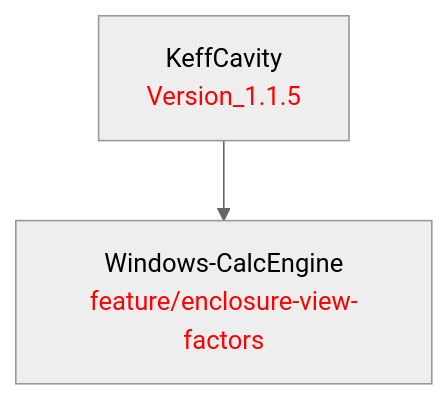
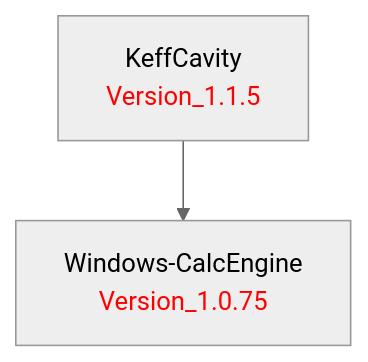
Before and after one commit to LBNL-ETA/KeffCavity: the diagram in doc/KeffCavity.md, drawn with Mermaid (neutral theme).

Commit message:
Bump to Version_1.1.5

````diff
--- a/doc/KeffCavity.md
+++ b/doc/KeffCavity.md
@@ -1,9 +1,9 @@
 ```mermaid
 graph TD
     %% Package definitions
     KeffCavity[KeffCavity<br/><font color='red'>Version_1.1.5</font>]
-    WindowsCalcEngine[Windows-CalcEngine<br/><font color='red'>feature/enclosure-view-factors</font>]
+    WindowsCalcEngine[Windows-CalcEngine<br/><font color='red'>Version_1.0.75</font>]
 
     %% Package relations
     KeffCavity --> WindowsCalcEngine
 ```
````
